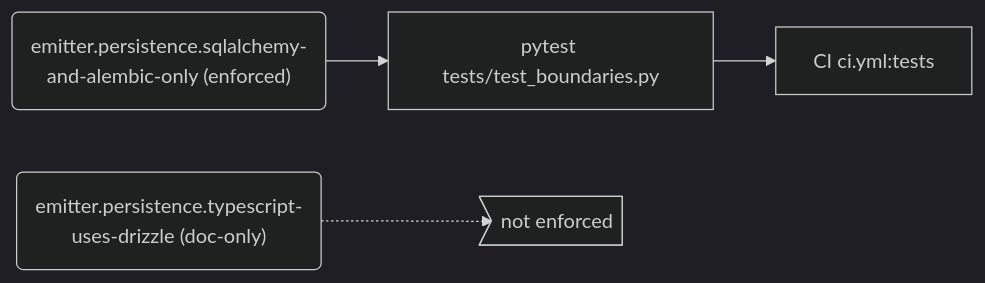
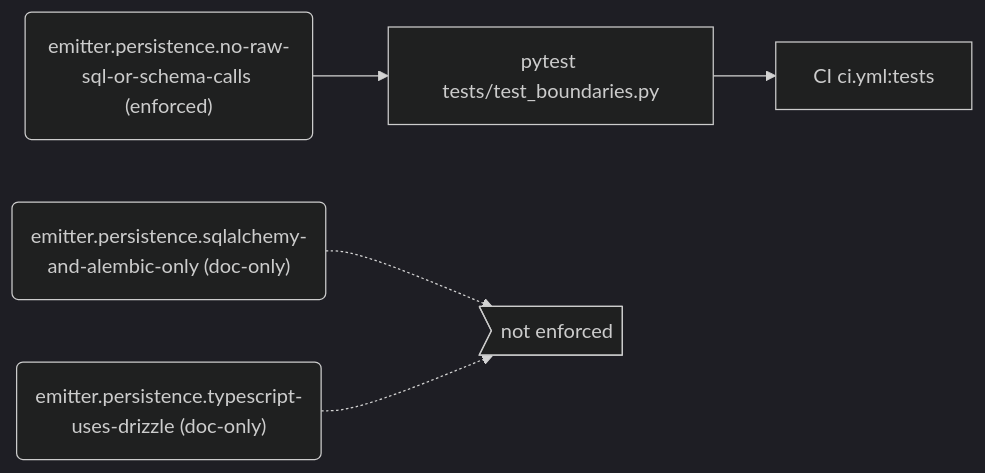
The second of 8 diagrams in docs/generated/rules.md (PolicyEngine/local-services), drawn with Mermaid (dark theme) before and after one commit. The commit also changed other lines of this file and 3 other files, not shown here.

First line of the commit message:
Make each enforced rule say only what its check enforces

````diff
--- a/docs/generated/rules.md
+++ b/docs/generated/rules.md
@@ -103,11 +106,13 @@
 ```mermaid
 flowchart LR
-  r_emitter_persistence_sqlalchemy_and_alembic_only("emitter.persistence.sqlalchemy-and-alembic-only (enforced)")
+  r_emitter_persistence_no_raw_sql_or_schema_calls("emitter.persistence.no-raw-sql-or-schema-calls (enforced)")
   e_pytest_tests_test_boundaries_py["pytest tests/test_boundaries.py"]
   j_CI_ci_yml_tests["CI ci.yml:tests"]
+  r_emitter_persistence_sqlalchemy_and_alembic_only("emitter.persistence.sqlalchemy-and-alembic-only (doc-only)")
+  gap_unenforced>"not enforced"]
   r_emitter_persistence_typescript_uses_drizzle("emitter.persistence.typescript-uses-drizzle (doc-only)")
-  gap_unenforced>"not enforced"]
-  r_emitter_persistence_sqlalchemy_and_alembic_only --> e_pytest_tests_test_boundaries_py
+  r_emitter_persistence_no_raw_sql_or_schema_calls --> e_pytest_tests_test_boundaries_py
   e_pytest_tests_test_boundaries_py --> j_CI_ci_yml_tests
+  r_emitter_persistence_sqlalchemy_and_alembic_only -.-> gap_unenforced
   r_emitter_persistence_typescript_uses_drizzle -.-> gap_unenforced
 ```
````
